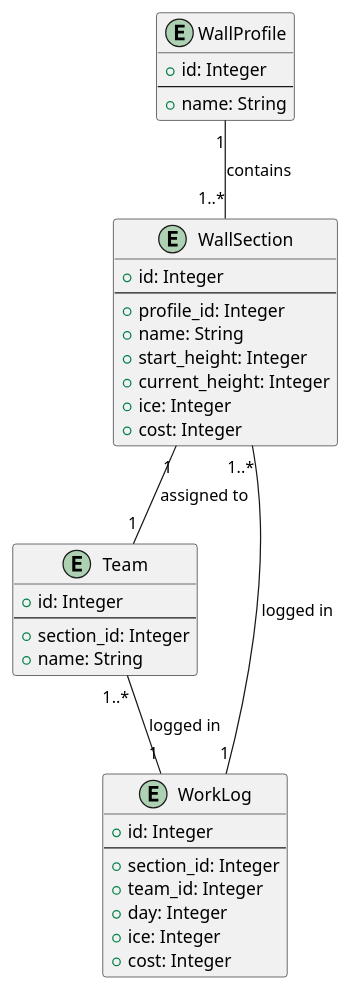
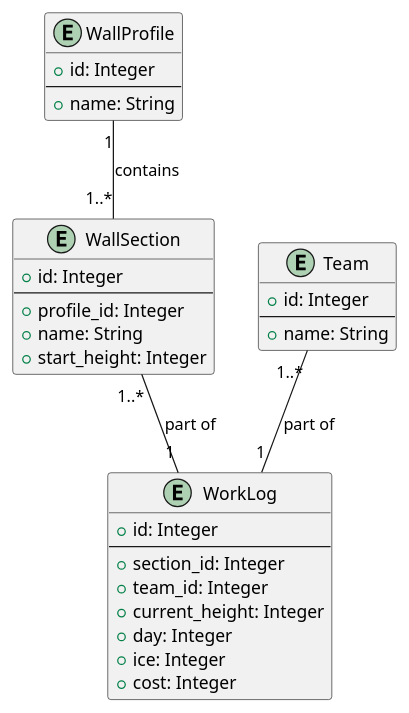
The diagram in assets/plantuml/C4_L4_data_models.puml (braboj/the-great-wall), drawn with PlantUML before and after one commit. The commit also changed 2 other files, not shown here.

```diff
--- a/assets/plantuml/C4_L4_data_models.puml
+++ b/assets/plantuml/C4_L4_data_models.puml
@@ -1,49 +1,45 @@
 @startuml
 
 ' Define WallProfile entity
 entity WallProfile {
     +id: Integer
     --
     +name: String
 }
 
 ' Define WallSection entity
 entity WallSection {
     +id: Integer
     --
     +profile_id: Integer
     +name: String
     +start_height: Integer
-    +current_height: Integer
-    +ice: Integer
-    +cost: Integer
 }
 
 ' Define Team entity
 entity Team {
     +id: Integer
     --
-    +section_id: Integer
     +name: String
 }
 
 ' Define DailyLog entity
 entity WorkLog {
     +id: Integer
     --
     +section_id: Integer
     +team_id: Integer
+    +current_height: Integer
     +day: Integer
     +ice: Integer
     +cost: Integer
 }
 
 ' Define relationships
 WallProfile "1" -- "1..*" WallSection : contains
-WallSection "1" -- "1" Team : assigned to
-WallSection "1..*" -- "1" WorkLog : logged in
-Team "1..*" -- "1" WorkLog : logged in
+WallSection "1..*" -- "1" WorkLog : part of
+Team "1..*" -- "1" WorkLog : part of
 
 
 
 @enduml
```
